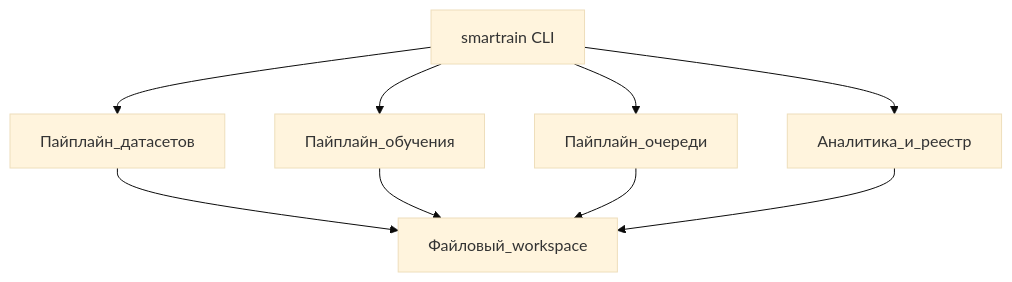
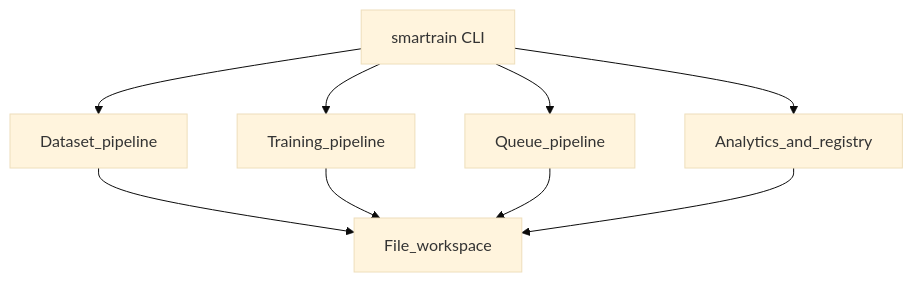
Before and after one commit to aicommunity/SmarTrain: the first of 6 diagrams in docs/development/architecture.md, drawn with Mermaid (base theme). The commit also changed other lines of this file and 53 other files, not shown here.

````diff
--- a/docs/development/architecture.md
+++ b/docs/development/architecture.md
@@ -9,11 +11,11 @@
 ```mermaid
 flowchart TD
-  cli[smartrain CLI] --> datasetPipeline[Пайплайн_датасетов]
-  cli --> trainingFlow[Пайплайн_обучения]
-  cli --> queueFlow[Пайплайн_очереди]
-  cli --> analyticsFlow[Аналитика_и_реестр]
-  datasetPipeline --> workspaceFs[Файловый_workspace]
+  cli[smartrain CLI] --> datasetPipeline[Dataset_pipeline]
+  cli --> trainingFlow[Training_pipeline]
+  cli --> queueFlow[Queue_pipeline]
+  cli --> analyticsFlow[Analytics_and_registry]
+  datasetPipeline --> workspaceFs[File_workspace]
   trainingFlow --> workspaceFs
   queueFlow --> workspaceFs
   analyticsFlow --> workspaceFs
 ```
````
